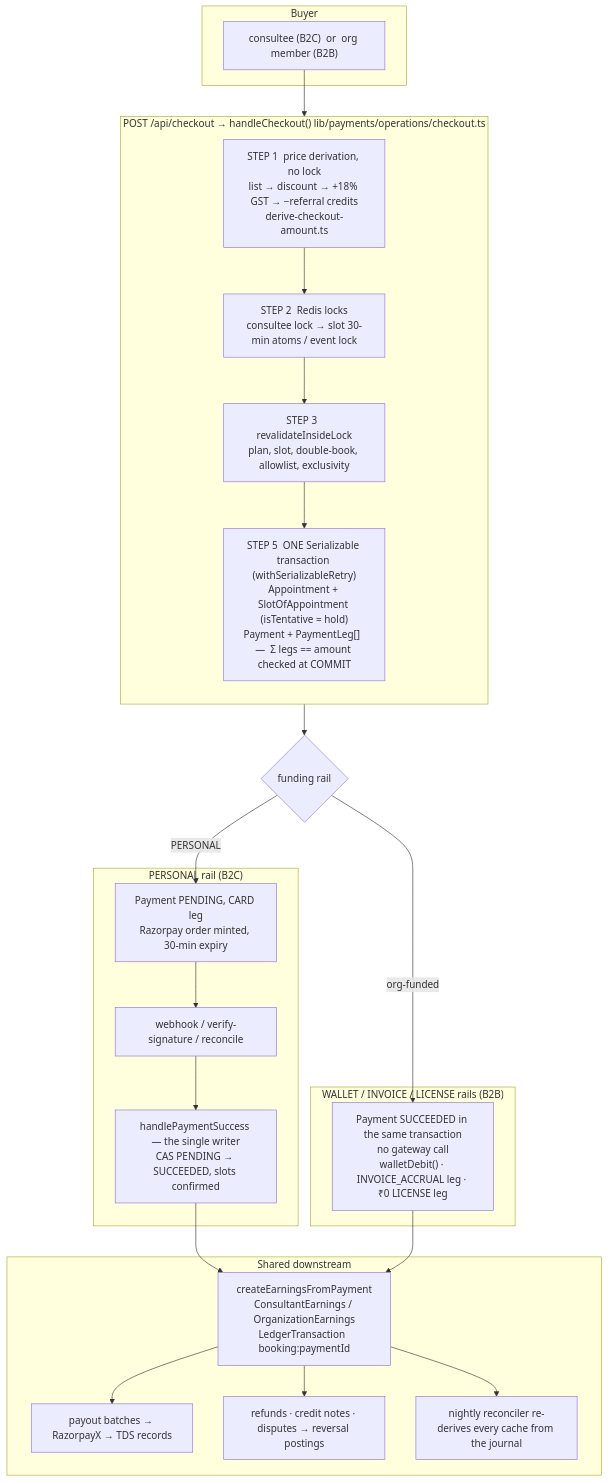
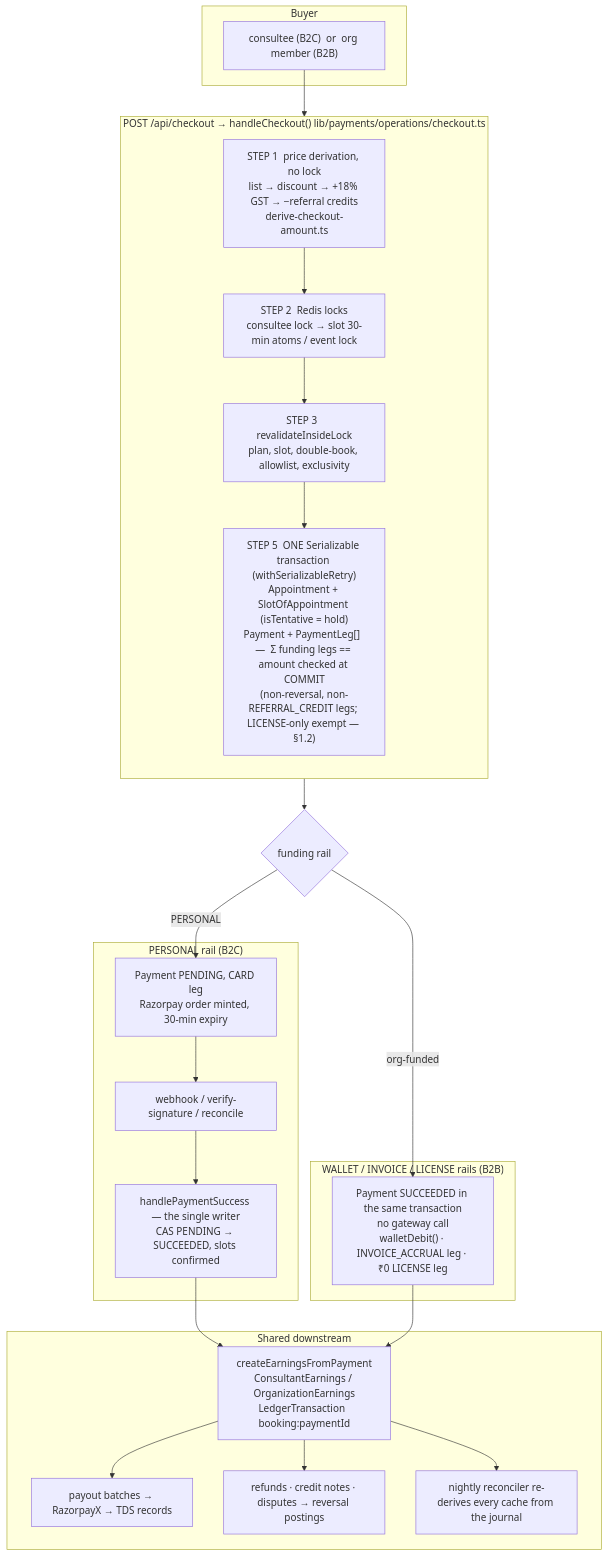
Before and after one commit to The-Developer-Bros/consultxlabs_web: the first of 16 diagrams in docs/enterprise/explainers/money-machinery.md, drawn with Mermaid. The commit also changed other lines of this file, not shown here.

````diff
--- a/docs/enterprise/explainers/money-machinery.md
+++ b/docs/enterprise/explainers/money-machinery.md
@@ -23,46 +23,46 @@
 ```mermaid
 flowchart TB
   subgraph Buyer["Buyer"]
     B["consultee (B2C)  or  org member (B2B)"]
   end
 
   subgraph Checkout["POST /api/checkout → handleCheckout()   lib/payments/operations/checkout.ts"]
     direction TB
     S1["STEP 1  price derivation, no lock<br/>list → discount → +18% GST → −referral credits<br/>derive-checkout-amount.ts"]
     S2["STEP 2  Redis locks<br/>consultee lock → slot 30-min atoms / event lock"]
     S3["STEP 3  revalidateInsideLock<br/>plan, slot, double-book, allowlist, exclusivity"]
-    S5["STEP 5  ONE Serializable transaction (withSerializableRetry)<br/>Appointment + SlotOfAppointment (isTentative = hold)<br/>Payment + PaymentLeg[]  —  Σ legs == amount checked at COMMIT"]
+    S5["STEP 5  ONE Serializable transaction (withSerializableRetry)<br/>Appointment + SlotOfAppointment (isTentative = hold)<br/>Payment + PaymentLeg[]  —  Σ funding legs == amount checked at COMMIT<br/>(non-reversal, non-REFERRAL_CREDIT legs; LICENSE-only exempt — §1.2)"]
     S1 --> S2 --> S3 --> S5
   end
 
   B --> S1
 
   S5 --> RAIL{"funding rail"}
 
   subgraph B2C["PERSONAL rail (B2C)"]
     P1["Payment PENDING, CARD leg<br/>Razorpay order minted, 30-min expiry"]
     P2["webhook / verify-signature / reconcile"]
     P3["handlePaymentSuccess — the single writer<br/>CAS PENDING → SUCCEEDED, slots confirmed"]
     P1 --> P2 --> P3
   end
 
   subgraph B2B["WALLET / INVOICE / LICENSE rails (B2B)"]
     O1["Payment SUCCEEDED in the same transaction<br/>no gateway call<br/>walletDebit() · INVOICE_ACCRUAL leg · ₹0 LICENSE leg"]
   end
 
   RAIL -->|PERSONAL| P1
   RAIL -->|org-funded| O1
 
   P3 --> E
   O1 --> E
 
   subgraph Downstream["Shared downstream"]
     E["createEarningsFromPayment<br/>ConsultantEarnings / OrganizationEarnings<br/>LedgerTransaction  booking:paymentId"]
     PO["payout batches → RazorpayX → TDS records"]
     RF["refunds · credit notes · disputes → reversal postings"]
     RC["nightly reconciler re-derives every cache from the journal"]
     E --> PO
     E --> RF
     E --> RC
   end
 ```
````
